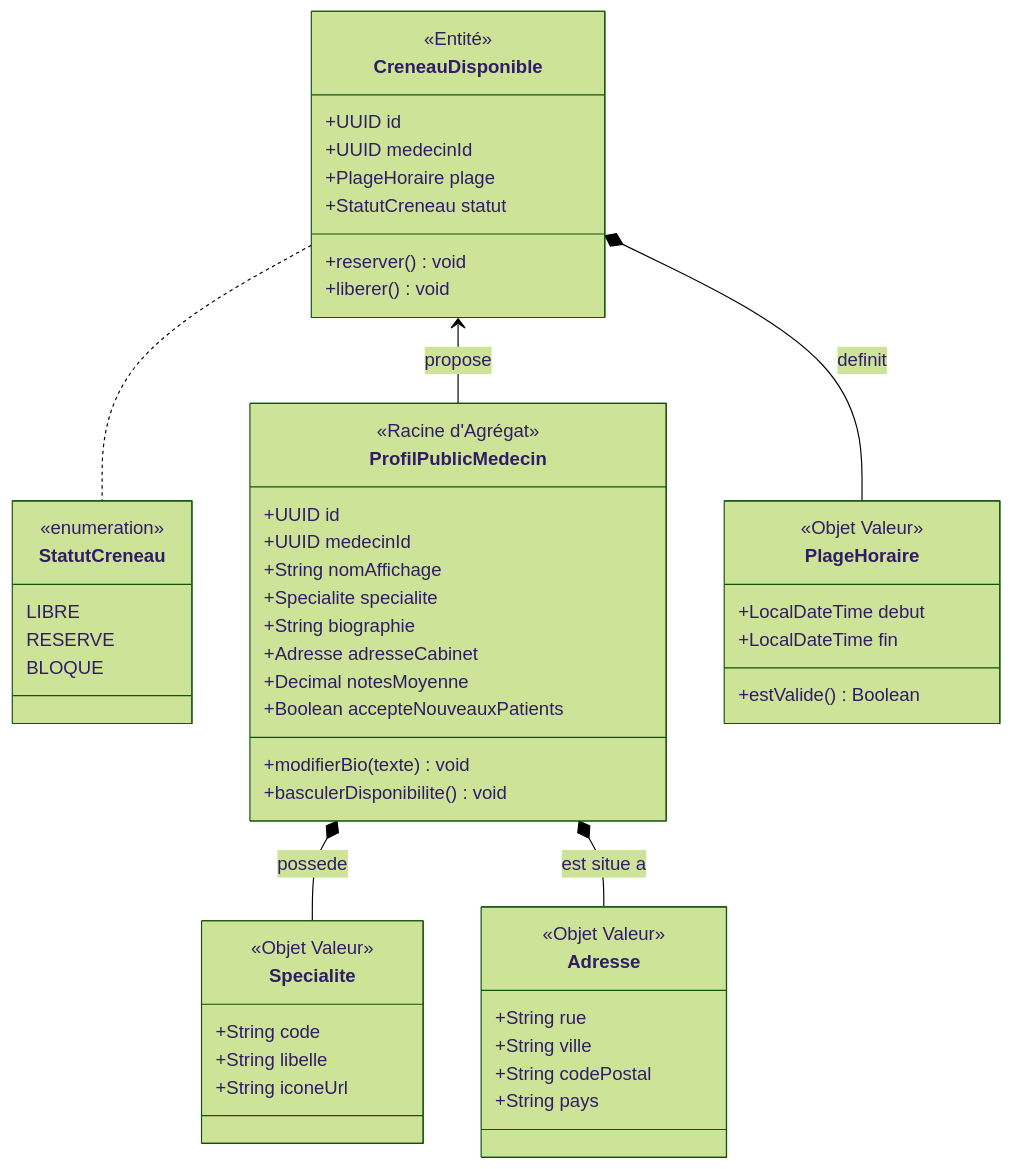
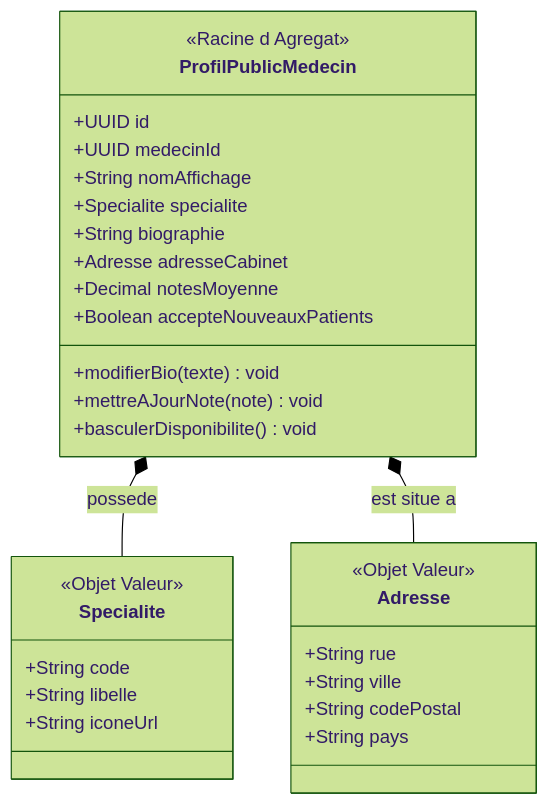
One commit to bassimtbb/MediLink changed the second of 4 diagrams in README.md. Above: the diagram before and after it, drawn with Mermaid (forest theme). The commit also changed other lines of this file, not shown here.

````diff
--- a/README.md
+++ b/README.md
@@ -281,68 +284,35 @@
 ```mermaid
-  classDiagram
-    %% Définition des énumérations (Tables séparées)
-    class StatutCreneau {
-        <<enumeration>>
-        LIBRE
-        RESERVE
-        BLOQUE
-    }
-
-    %% Classes principales
+classDiagram
     class ProfilPublicMedecin {
-        <<Racine d'Agrégat>>
+        <<Racine d Agregat>>
         +UUID id
         +UUID medecinId
         +String nomAffichage
         +Specialite specialite
         +String biographie
         +Adresse adresseCabinet
         +Decimal notesMoyenne
         +Boolean accepteNouveauxPatients
         +modifierBio(texte) void
+        +mettreAJourNote(note) void
         +basculerDisponibilite() void
-    }
-
-    class CreneauDisponible {
-        <<Entité>>
-        +UUID id
-        +UUID medecinId
-        +PlageHoraire plage
-        +StatutCreneau statut
-        +reserver() void
-        +liberer() void
     }
 
     class Specialite {
         <<Objet Valeur>>
         +String code
         +String libelle
         +String iconeUrl
-    }
-
-    class PlageHoraire {
-        <<Objet Valeur>>
-        +LocalDateTime debut
-        +LocalDateTime fin
-        +estValide() Boolean
     }
 
     class Adresse {
         <<Objet Valeur>>
         +String rue
         +String ville
         +String codePostal
         +String pays
     }
 
-    %% Relations
-    %% Le créneau est une extension de la visibilité du médecin
-    CreneauDisponible <-- ProfilPublicMedecin : propose
-    
     ProfilPublicMedecin *-- Specialite : possede
     ProfilPublicMedecin *-- Adresse : est situe a
-    CreneauDisponible *-- PlageHoraire : definit
-    
-    %% Liens vers les enums
-    CreneauDisponible .. StatutCreneau
 ```
````
